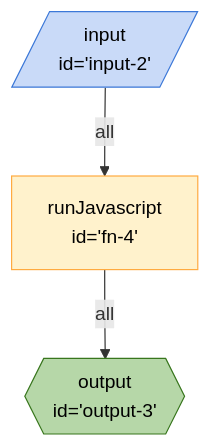
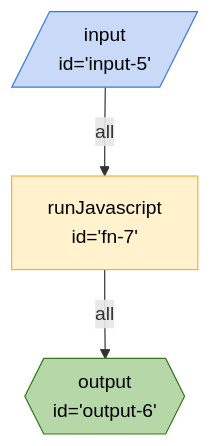
Before and after one commit to breadboard-ai/breadboard: the diagram in seeds/breadboard-web/docs/graphs/new/custom-inline-action.md, drawn with Mermaid. The commit also changed 19 other files, not shown here.

````diff
--- a/seeds/breadboard-web/docs/graphs/new/custom-inline-action.md
+++ b/seeds/breadboard-web/docs/graphs/new/custom-inline-action.md
@@ -3,14 +3,14 @@
 ```mermaid
 %%{init: 'themeVariables': { 'fontFamily': 'Fira Code, monospace' }}%%
 graph TD;
-fn4["runJavascript <br> id='fn-4'"] -- all --> output3{{"output <br> id='output-3'"}}:::output
-input2[/"input <br> id='input-2'"/]:::input -- all --> fn4["runJavascript <br> id='fn-4'"]
+fn7["runJavascript <br> id='fn-7'"] -- all --> output6{{"output <br> id='output-6'"}}:::output
+input5[/"input <br> id='input-5'"/]:::input -- all --> fn7["runJavascript <br> id='fn-7'"]
 classDef default stroke:#ffab40,fill:#fff2ccff,color:#000
 classDef input stroke:#3c78d8,fill:#c9daf8ff,color:#000
 classDef output stroke:#38761d,fill:#b6d7a8ff,color:#000
 classDef passthrough stroke:#a64d79,fill:#ead1dcff,color:#000
 classDef slot stroke:#a64d79,fill:#ead1dcff,color:#000
 classDef config stroke:#a64d79,fill:#ead1dcff,color:#000
 classDef secrets stroke:#db4437,fill:#f4cccc,color:#000
 classDef slotted stroke:#a64d79
 ```
````
